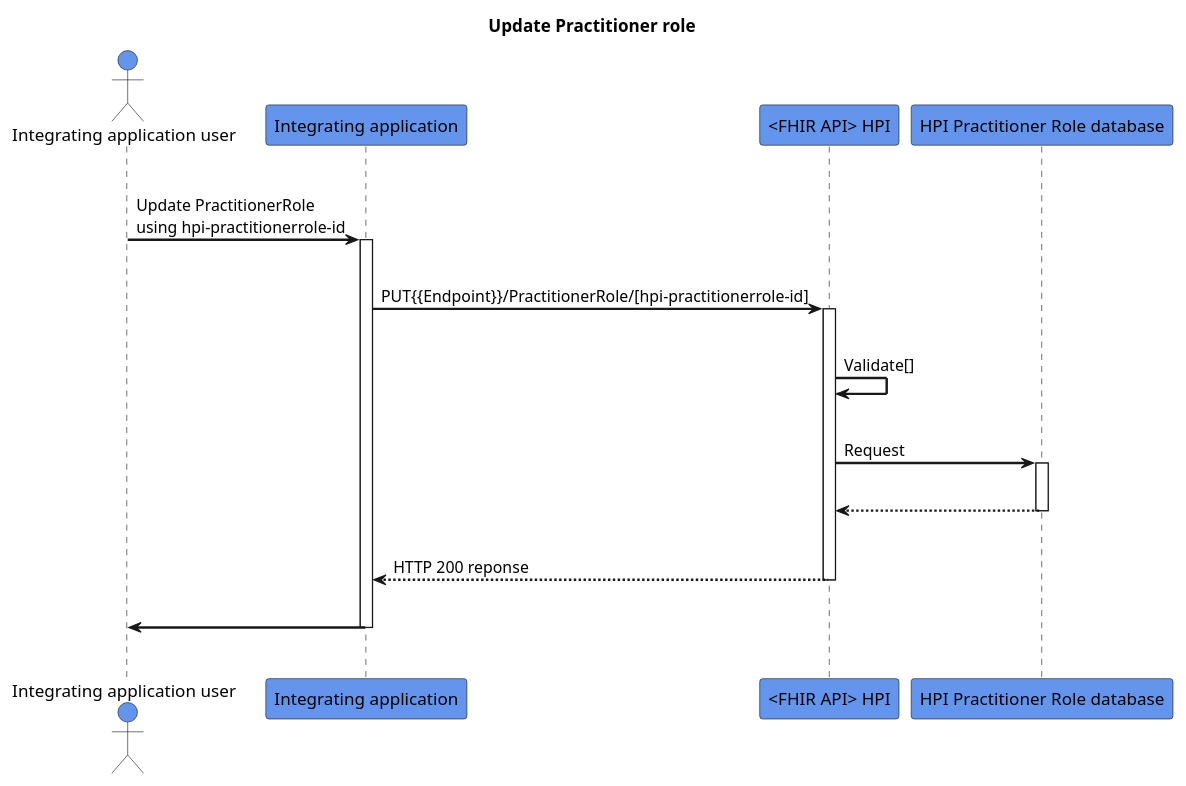
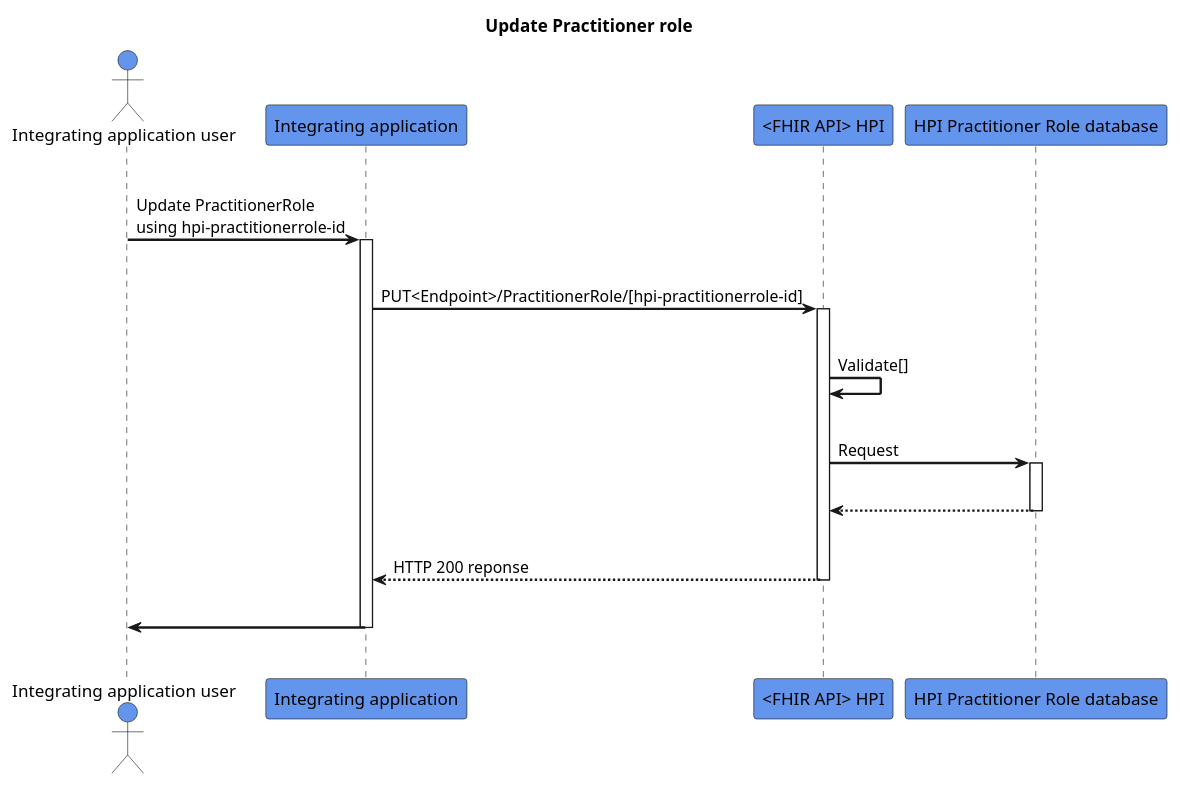
The diagram in input/images-source/update-practitionerrole.plantuml (HL7NZ/hpi), drawn with PlantUML before and after one commit.

```diff
--- a/input/images-source/update-practitionerrole.plantuml
+++ b/input/images-source/update-practitionerrole.plantuml
@@ -1,32 +1,32 @@
 @startuml
 skinparam sequenceArrowThickness 2
 skinparam roundcorner 5
 skinparam maxmessagesize 180
 skinparam sequenceParticipant bold
 title Update Practitioner role
 actor "Integrating application user" as User #CornflowerBlue
 participant "Integrating application" as A #CornflowerBlue
 participant "<FHIR API> HPI" as B #CornflowerBlue
 participant "HPI Practitioner Role database" as C #CornflowerBlue
 |||
 User -> A: Update PractitionerRole using hpi-practitionerrole-id
 activate A
 |||
-A -> B: PUT{{Endpoint}}/PractitionerRole/[hpi-practitionerrole-id]
+A -> B: PUT<Endpoint>/PractitionerRole/[hpi-practitionerrole-id]
 activate B
 |||
 B -> B: Validate[]
 |||
 B -> C: Request
 activate C
 |||
 C -[dashed]-> B: 
 deactivate C
 |||
 B -[dashed]-> A:HTTP 200 reponse
 deactivate B
 |||
 A -> User: 
 deactivate A
 |||
 @enduml
```
